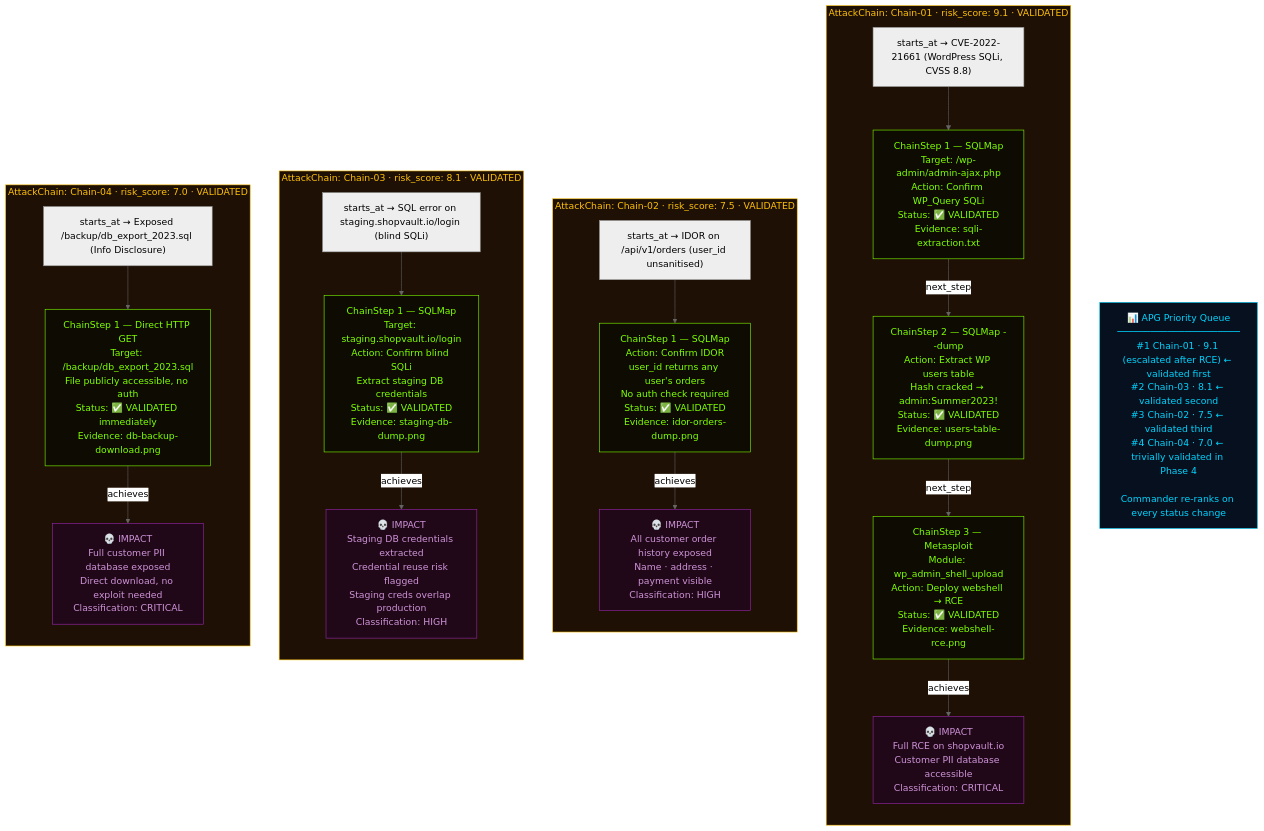
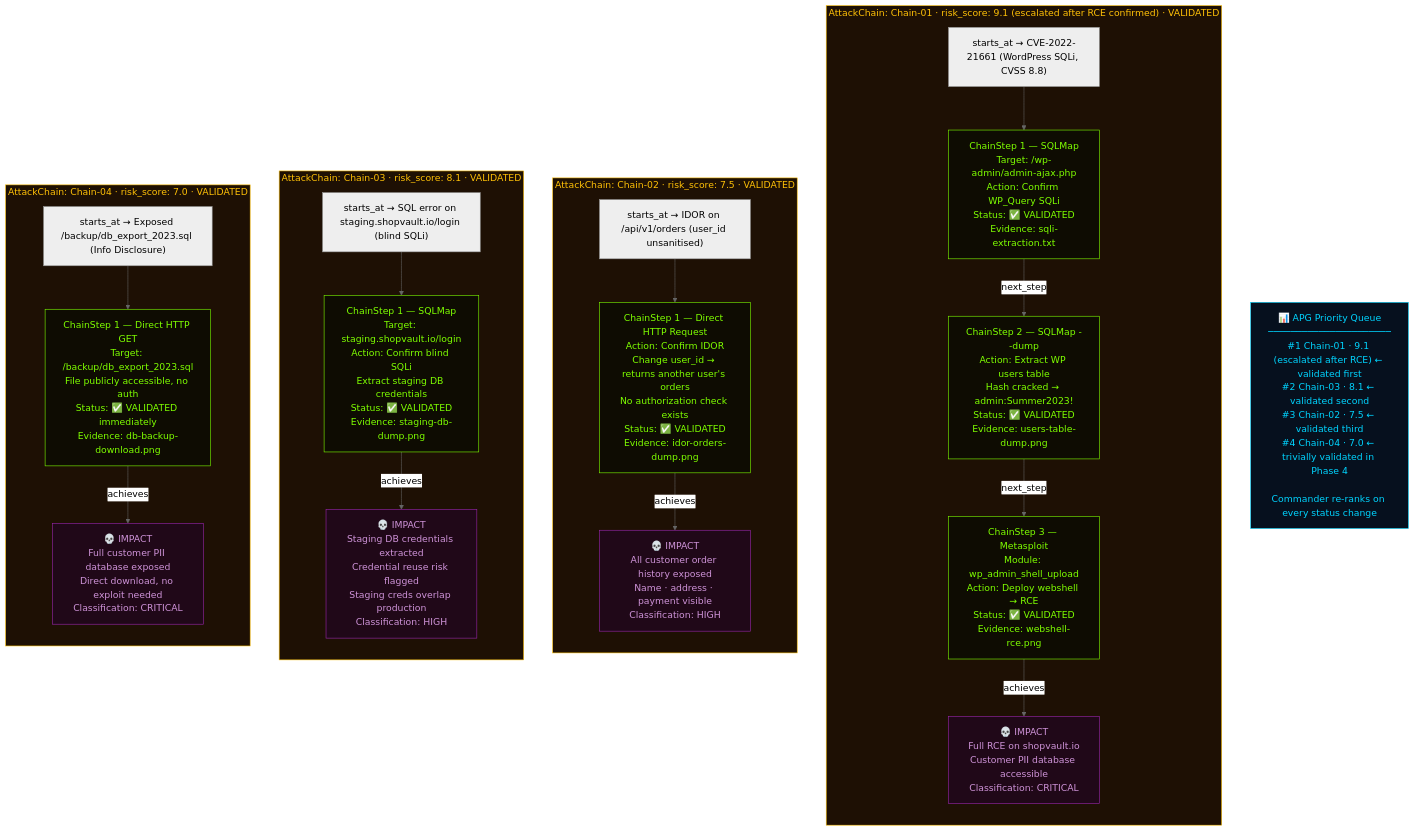
Before and after one commit to nishan-paul-2022/cmatrix-agentic-red-team: the second of 2 diagrams in docs/paper-thesis/explanation/module-02-dual-graph-model.md, drawn with Mermaid (neutral theme). The commit also changed 2 other files, not shown here.

Commit message:
docs: update architectural diagrams and validation workflows to clarify Commander-led APG updates and chain execution logic

````diff
--- a/docs/paper-thesis/explanation/module-02-dual-graph-model.md
+++ b/docs/paper-thesis/explanation/module-02-dual-graph-model.md
@@ -529,80 +529,80 @@
 ```mermaid
 flowchart TD
     %% ── CHAIN 01 ──────────────────────────────────────────────────
-    subgraph C1["AttackChain: Chain-01 · risk_score: 9.1 · VALIDATED"]
+    subgraph C1["AttackChain: Chain-01 · risk_score: 9.1 (escalated after RCE confirmed) · VALIDATED"]
         direction TB
         C1S["starts_at → CVE-2022-21661 (WordPress SQLi, CVSS 8.8)"]
 
         STEP1["ChainStep 1 — SQLMap<br/>Target: /wp-admin/admin-ajax.php<br/>Action: Confirm WP_Query SQLi<br/>Status: ✅ VALIDATED<br/>Evidence: sqli-extraction.txt"]
 
         STEP2["ChainStep 2 — SQLMap --dump<br/>Action: Extract WP users table<br/>Hash cracked → admin:Summer2023!<br/>Status: ✅ VALIDATED<br/>Evidence: users-table-dump.png"]
 
         STEP3["ChainStep 3 — Metasploit<br/>Module: wp_admin_shell_upload<br/>Action: Deploy webshell → RCE<br/>Status: ✅ VALIDATED<br/>Evidence: webshell-rce.png"]
 
         IMP1["💀 IMPACT<br/>Full RCE on shopvault.io<br/>Customer PII database accessible<br/>Classification: CRITICAL"]
 
         C1S --> STEP1
         STEP1 -->|next_step| STEP2
         STEP2 -->|next_step| STEP3
         STEP3 -->|achieves| IMP1
     end
 
     %% ── CHAIN 02 ──────────────────────────────────────────────────
     subgraph C2["AttackChain: Chain-02 · risk_score: 7.5 · VALIDATED"]
         direction TB
         C2S["starts_at → IDOR on /api/v1/orders (user_id unsanitised)"]
 
-        STEP21["ChainStep 1 — SQLMap<br/>Action: Confirm IDOR<br/>user_id returns any user's orders<br/>No auth check required<br/>Status: ✅ VALIDATED<br/>Evidence: idor-orders-dump.png"]
+        STEP21["ChainStep 1 — Direct HTTP Request<br/>Action: Confirm IDOR<br/>Change user_id → returns another user's orders<br/>No authorization check exists<br/>Status: ✅ VALIDATED<br/>Evidence: idor-orders-dump.png"]
 
         IMP2["💀 IMPACT<br/>All customer order history exposed<br/>Name · address · payment visible<br/>Classification: HIGH"]
 
         C2S --> STEP21
         STEP21 -->|achieves| IMP2
     end
 
     %% ── CHAIN 03 ─────────────────────────────────────────────────
     subgraph C3["AttackChain: Chain-03 · risk_score: 8.1 · VALIDATED"]
         direction TB
         C3S["starts_at → SQL error on staging.shopvault.io/login (blind SQLi)"]
 
         STEP31["ChainStep 1 — SQLMap<br/>Target: staging.shopvault.io/login<br/>Action: Confirm blind SQLi<br/>Extract staging DB credentials<br/>Status: ✅ VALIDATED<br/>Evidence: staging-db-dump.png"]
 
         IMP3["💀 IMPACT<br/>Staging DB credentials extracted<br/>Credential reuse risk flagged<br/>Staging creds overlap production<br/>Classification: HIGH"]
 
         C3S --> STEP31
         STEP31 -->|achieves| IMP3
     end
 
     %% ── CHAIN 04 ─────────────────────────────────────────────────
     subgraph C4["AttackChain: Chain-04 · risk_score: 7.0 · VALIDATED"]
         direction TB
         C4S["starts_at → Exposed /backup/db_export_2023.sql (Info Disclosure)"]
 
         STEP41["ChainStep 1 — Direct HTTP GET<br/>Target: /backup/db_export_2023.sql<br/>File publicly accessible, no auth<br/>Status: ✅ VALIDATED immediately<br/>Evidence: db-backup-download.png"]
 
         IMP4["💀 IMPACT<br/>Full customer PII database exposed<br/>Direct download, no exploit needed<br/>Classification: CRITICAL"]
 
         C4S --> STEP41
         STEP41 -->|achieves| IMP4
     end
 
     %% ── PRIORITY RANKING ──────────────────────────────────────────
     PRIO["📊 APG Priority Queue<br/>──────────────────────<br/>#1 Chain-01 · 9.1 (escalated after RCE) ← validated first<br/>#2 Chain-03 · 8.1 ← validated second<br/>#3 Chain-02 · 7.5 ← validated third<br/>#4 Chain-04 · 7.0 ← trivially validated in Phase 4<br/><br/>Commander re-ranks on every status change"]
 
     %% Styles
     style C1 fill:#1E1004,stroke:#FFC107,color:#FFC107
     style C2 fill:#1E1004,stroke:#FFC107,color:#FFC107
     style C3 fill:#1E1004,stroke:#FFC107,color:#FFC107
     style C4 fill:#1E1004,stroke:#FFC107,color:#FFC107
     style STEP1 fill:#0E0C02,stroke:#7FFF00,color:#7FFF00
     style STEP2 fill:#0E0C02,stroke:#7FFF00,color:#7FFF00
     style STEP3 fill:#0E0C02,stroke:#7FFF00,color:#7FFF00
     style IMP1 fill:#200818,stroke:#9C27B0,color:#CE93D8
     style STEP21 fill:#0E0C02,stroke:#7FFF00,color:#7FFF00
     style IMP2 fill:#200818,stroke:#9C27B0,color:#CE93D8
     style STEP31 fill:#0E0C02,stroke:#7FFF00,color:#7FFF00
     style IMP3 fill:#200818,stroke:#9C27B0,color:#CE93D8
     style STEP41 fill:#0E0C02,stroke:#7FFF00,color:#7FFF00
     style IMP4 fill:#200818,stroke:#9C27B0,color:#CE93D8
     style PRIO fill:#06101E,stroke:#00D4FF,color:#00D4FF
 ```
````
